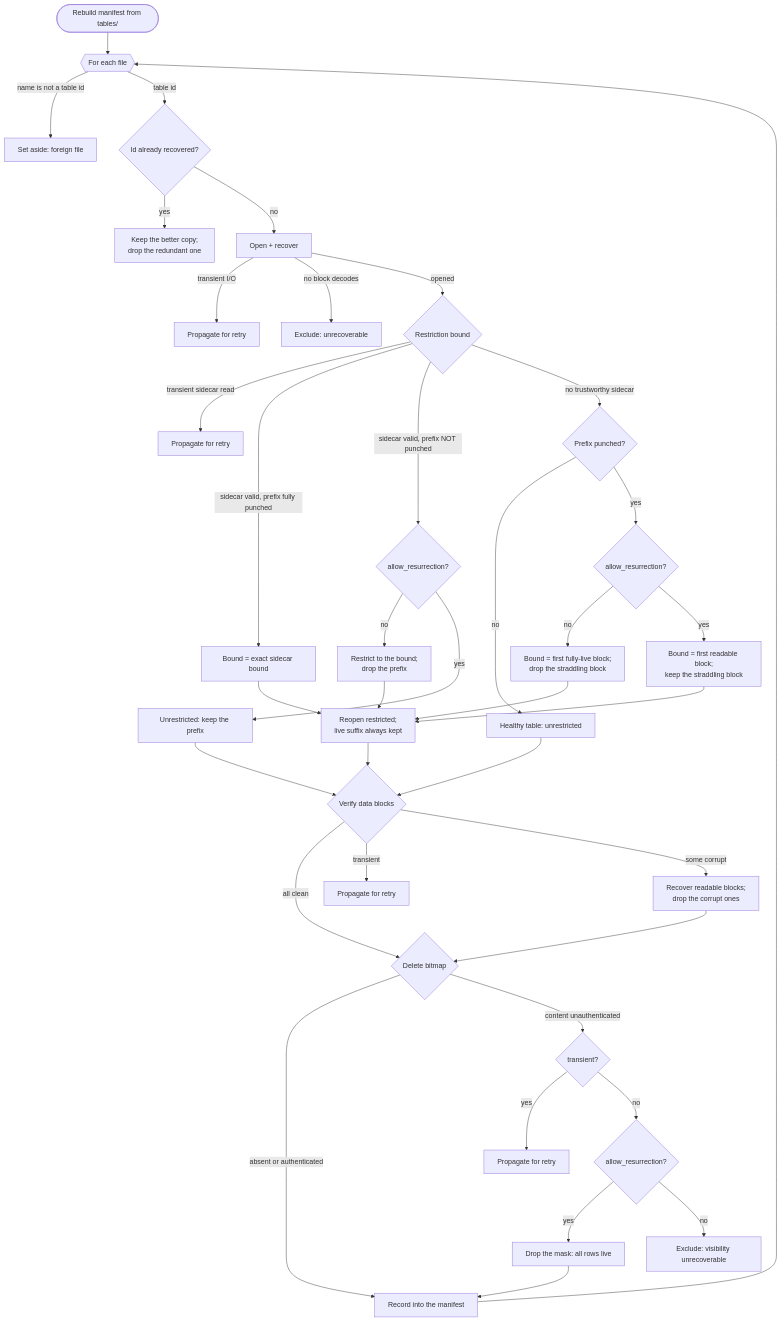
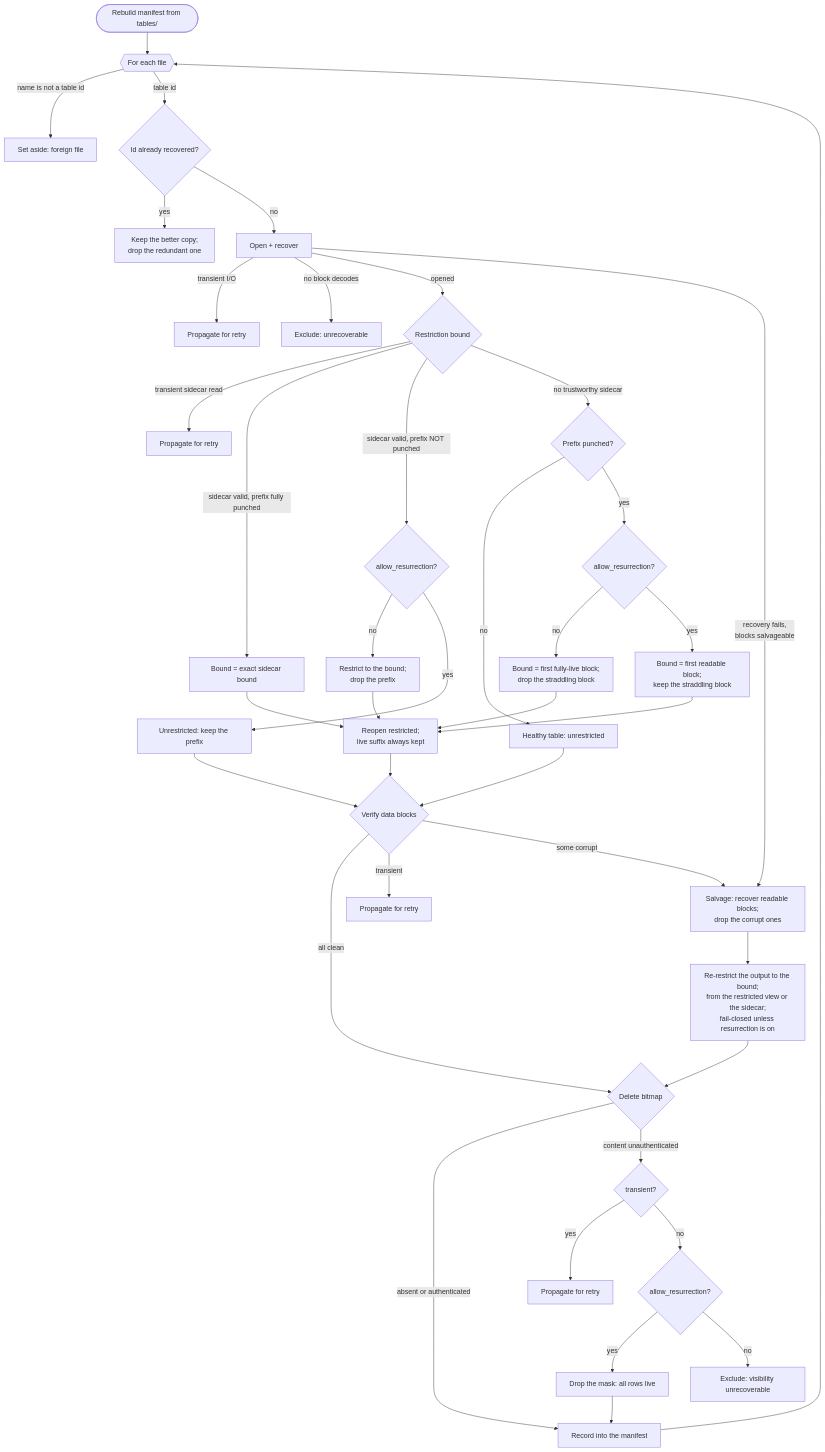
The diagram in docs/manifest-recovery.md (structured-world/coordinode-lsm-tree), drawn with Mermaid before and after one commit. The commit also changed other lines of this file and 2 other files, not shown here.

First line of the commit message:
fix(repair): re-restrict salvage output on the recovery-failure path

````diff
--- a/docs/manifest-recovery.md
+++ b/docs/manifest-recovery.md
@@ -44,46 +44,48 @@
 ```mermaid
 flowchart TD
     START([Rebuild manifest from tables/]) --> LOOP{{For each file}}
     LOOP -->|name is not a table id| QNAME[Set aside: foreign file]
     LOOP -->|table id| DUP{Id already recovered?}
     DUP -->|yes| KEEPBEST[Keep the better copy;<br/>drop the redundant one]
     DUP -->|no| OPEN[Open + recover]
 
     OPEN -->|transient I/O| PROP1[Propagate for retry]
     OPEN -->|no block decodes| DROP1[Exclude: unrecoverable]
     OPEN -->|opened| R0
 
     R0{Restriction bound} -->|transient sidecar read| PROP2[Propagate for retry]
     R0 -->|sidecar valid, prefix fully punched| REXACT[Bound = exact sidecar bound]
     R0 -->|sidecar valid, prefix NOT punched| RUNP{allow_resurrection?}
     R0 -->|no trustworthy sidecar| RNB{Prefix punched?}
 
     RUNP -->|no| RHONOR[Restrict to the bound;<br/>drop the prefix]
     RUNP -->|yes| RUNREST[Unrestricted: keep the prefix]
     RNB -->|no| RHEALTHY[Healthy table: unrestricted]
     RNB -->|yes| RDER{allow_resurrection?}
     RDER -->|no| RCONS[Bound = first fully-live block;<br/>drop the straddling block]
     RDER -->|yes| RGREEDY[Bound = first readable block;<br/>keep the straddling block]
 
     REXACT --> REOPEN[Reopen restricted;<br/>live suffix always kept]
     RHONOR --> REOPEN
     RCONS --> REOPEN
     RGREEDY --> REOPEN
     RUNREST --> V0
     RHEALTHY --> V0
     REOPEN --> V0
 
     V0{Verify data blocks} -->|all clean| MASK0
     V0 -->|transient| PROP3[Propagate for retry]
-    V0 -->|some corrupt| VSALV[Recover readable blocks;<br/>drop the corrupt ones]
-    VSALV --> MASK0
+    V0 -->|some corrupt| VSALV
+    OPEN -->|recovery fails,<br/>blocks salvageable| VSALV
+    VSALV[Salvage: recover readable blocks;<br/>drop the corrupt ones] --> VRES[Re-restrict the output to the bound;<br/>from the restricted view or the sidecar;<br/>fail-closed unless resurrection is on]
+    VRES --> MASK0
 
     MASK0{Delete bitmap} -->|absent or authenticated| RECORD[Record into the manifest]
     MASK0 -->|content unauthenticated| MTR{transient?}
     MTR -->|yes| PROP4[Propagate for retry]
     MTR -->|no| MFLAG{allow_resurrection?}
     MFLAG -->|yes| MRES[Drop the mask: all rows live]
     MFLAG -->|no| MDROP[Exclude: visibility unrecoverable]
     MRES --> RECORD
     RECORD --> LOOP
 ```
````
